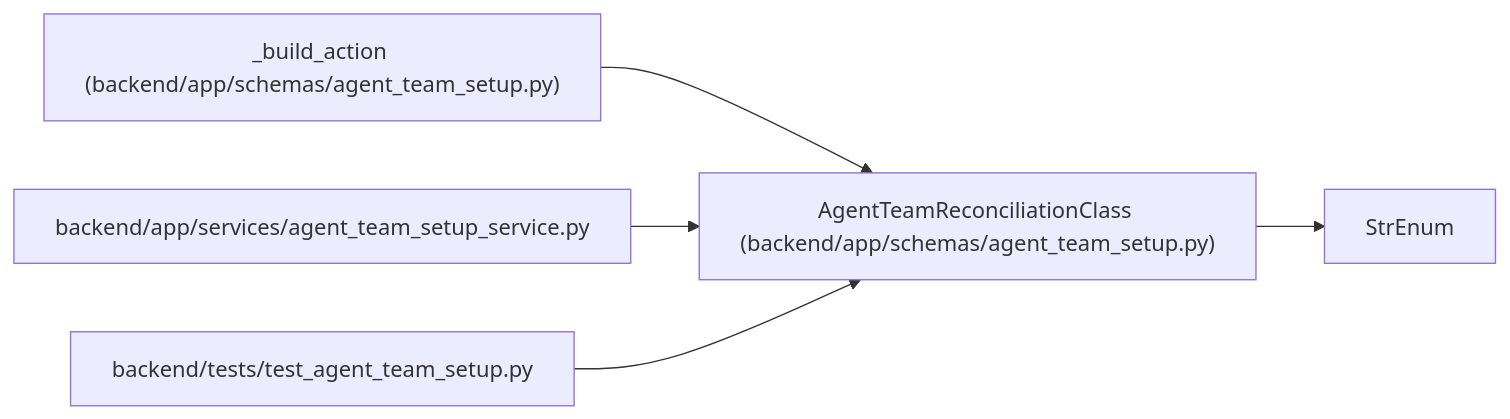
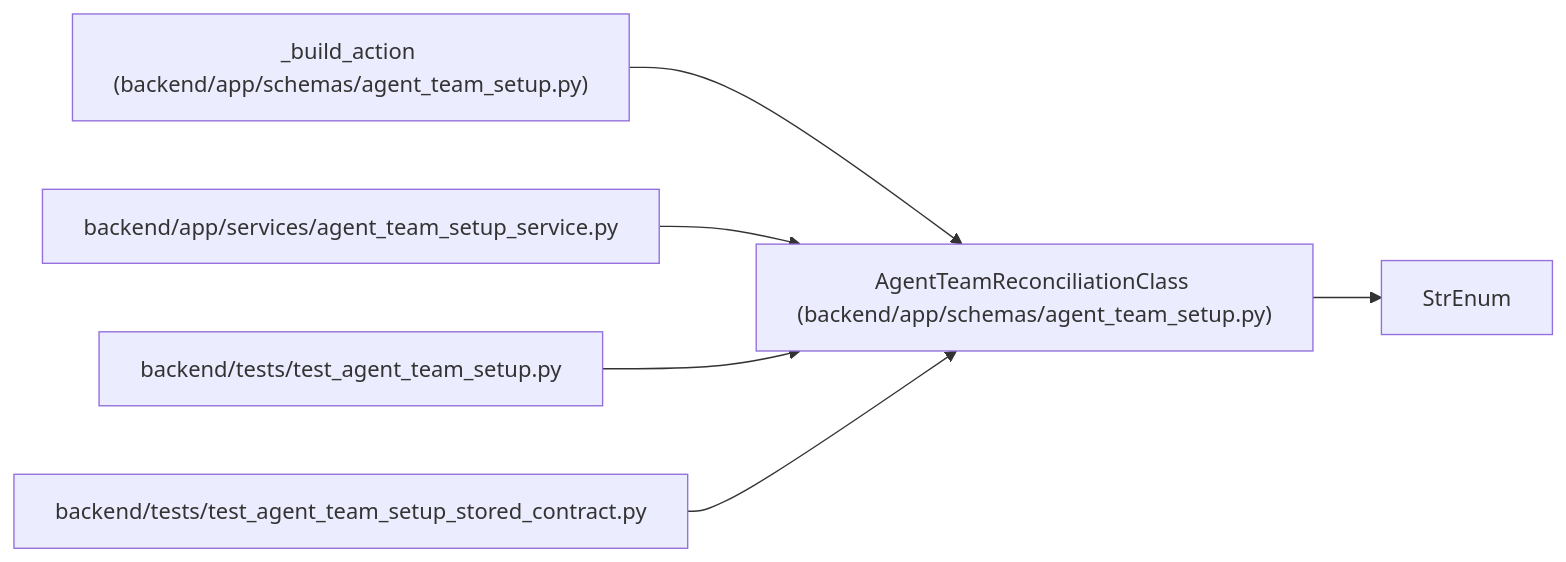
The diagram in docs/llm_wiki/entities/agent_team_setup_AgentTeamReconciliationClass.md (Denissvgn/WorkChord), drawn with Mermaid before and after one commit. The commit also changed other lines of this file and 829 other files, not shown here.

Commit message:
docs(wiki): refresh for team contracts stored under earlier role rules

````diff
--- a/docs/llm_wiki/entities/agent_team_setup_AgentTeamReconciliationClass.md
+++ b/docs/llm_wiki/entities/agent_team_setup_AgentTeamReconciliationClass.md
@@ -31,16 +31,19 @@
 ```mermaid
 flowchart LR
     n0["AgentTeamReconciliationClass (backend/app/schemas/agent_team_setup.py)"]
     n1["StrEnum"]
     n2["_build_action (backend/app/schemas/agent_team_setup.py)"]
     n3["backend/app/services/agent_team_setup_service.py"]
     n4["backend/tests/test_agent_team_setup.py"]
+    n5["backend/tests/test_agent_team_setup_stored_contract.py"]
     n0 --> n1
     n2 --> n0
     n3 --> n0
     n4 --> n0
+    n5 --> n0
     click n0 "../modules/agent_team_setup.md"
     click n2 "../modules/agent_team_setup.md"
     click n3 "../modules/agent_team_setup_service.md"
     click n4 "../modules/test_agent_team_setup.md"
+    click n5 "../modules/test_agent_team_setup_stored_contract.md"
 ```
````
